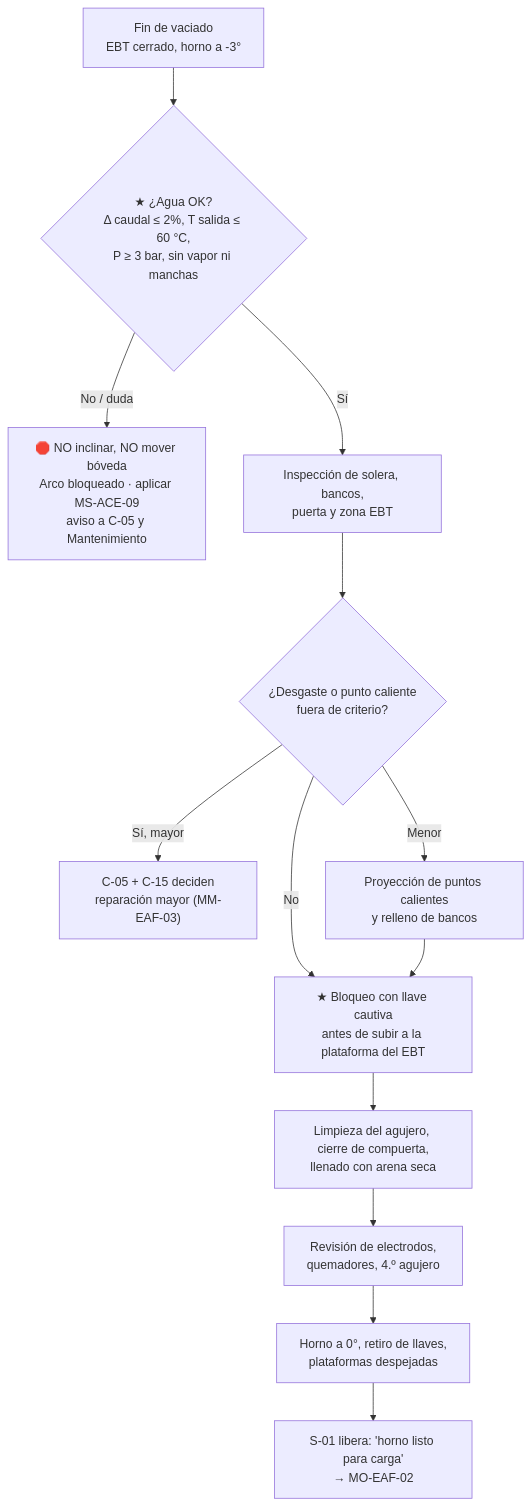
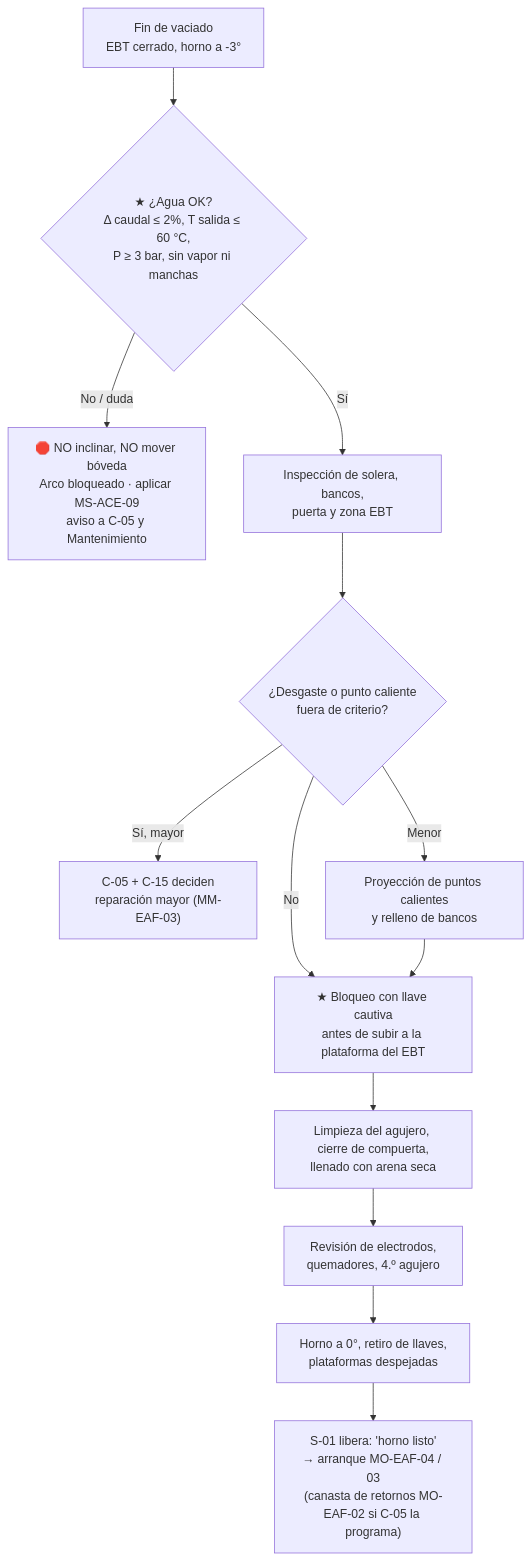
One commit to diegocardonaguzman03-maker/HR changed the diagram in 10-plantas/01-steelmaking/02-operacion/eaf/MO-EAF-01-preparacion-horno-entre-coladas.md. Above: the diagram before and after it, drawn with Mermaid. The commit also changed other lines of this file and 21 other files, not shown here.

````diff
--- a/10-plantas/01-steelmaking/02-operacion/eaf/MO-EAF-01-preparacion-horno-entre-coladas.md
+++ b/10-plantas/01-steelmaking/02-operacion/eaf/MO-EAF-01-preparacion-horno-entre-coladas.md
@@ -33,15 +34,15 @@
 ```mermaid
 flowchart TD
     A["Fin de vaciado<br/>EBT cerrado, horno a -3°"] --> B{"★ ¿Agua OK?<br/>Δ caudal ≤ 2%, T salida ≤ 60 °C,<br/>P ≥ 3 bar, sin vapor ni manchas"}
     B -- "No / duda" --> X["🛑 NO inclinar, NO mover bóveda<br/>Arco bloqueado · aplicar MS-ACE-09<br/>aviso a C-05 y Mantenimiento"]
     B -- "Sí" --> C["Inspección de solera, bancos,<br/>puerta y zona EBT"]
     C --> D{"¿Desgaste o punto caliente<br/>fuera de criterio?"}
     D -- "Sí, mayor" --> Y["C-05 + C-15 deciden<br/>reparación mayor (MM-EAF-03)"]
     D -- "Menor" --> E["Proyección de puntos calientes<br/>y relleno de bancos"]
     D -- "No" --> F
     E --> F["★ Bloqueo con llave cautiva<br/>antes de subir a la plataforma del EBT"]
     F --> G["Limpieza del agujero, cierre de compuerta,<br/>llenado con arena seca"]
     G --> H["Revisión de electrodos,<br/>quemadores, 4.º agujero"]
     H --> I["Horno a 0°, retiro de llaves,<br/>plataformas despejadas"]
-    I --> J["S-01 libera: 'horno listo para carga'<br/>→ MO-EAF-02"]
+    I --> J["S-01 libera: 'horno listo'<br/>→ arranque MO-EAF-04 / 03<br/>(canasta de retornos MO-EAF-02 si C-05 la programa)"]
 ```
````
